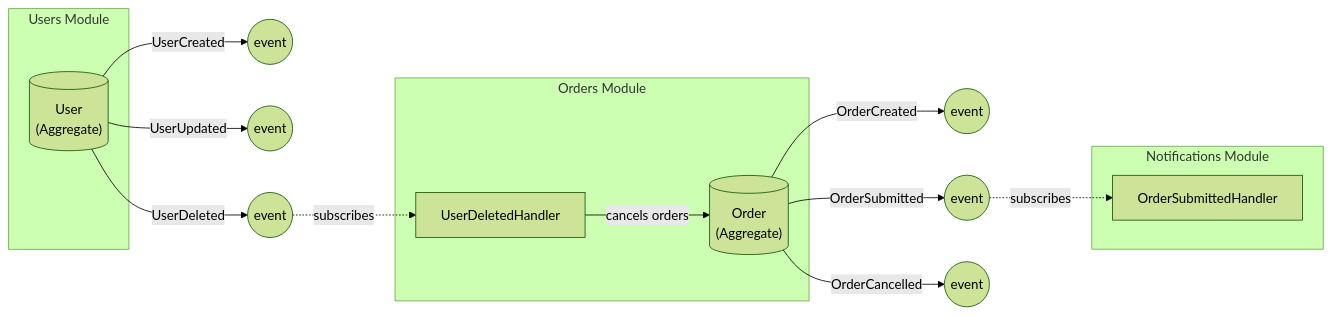
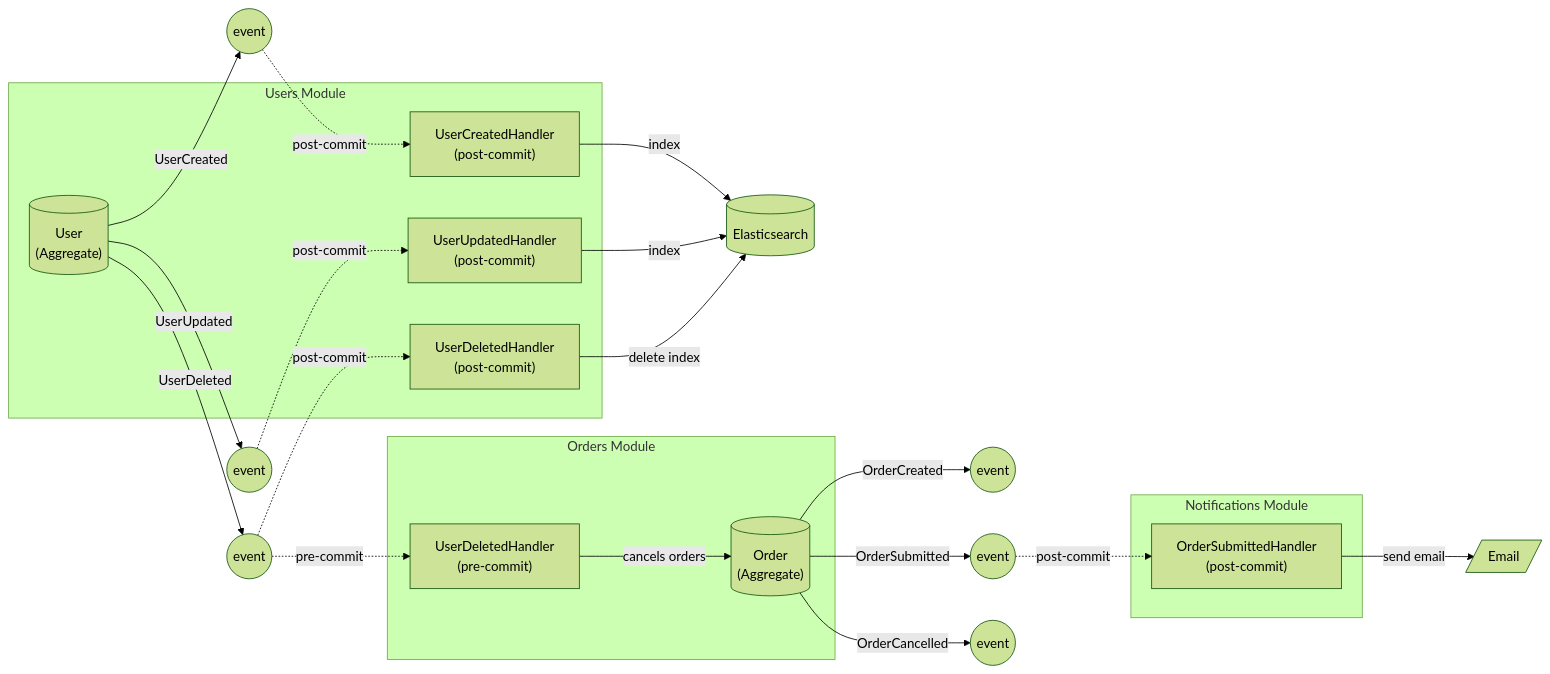
The diagram in docs/architecture/domain-events.md (rai-wtnb/clean-modularmonolith-go), drawn with Mermaid (forest theme) before and after one commit. The commit also changed other lines of this file and 9 other files, not shown here.

````diff
--- a/docs/architecture/domain-events.md
+++ b/docs/architecture/domain-events.md
@@ -7,32 +7,44 @@
 ```mermaid
 flowchart LR
     subgraph users["Users Module"]
         UserAggregate[("User<br/>(Aggregate)")]
+        UserCreatedHandler["UserCreatedHandler<br/>(post-commit)"]
+        UserUpdatedHandler["UserUpdatedHandler<br/>(post-commit)"]
+        UserDeletedESHandler["UserDeletedHandler<br/>(post-commit)"]
     end
 
     subgraph orders["Orders Module"]
         OrderAggregate[("Order<br/>(Aggregate)")]
-        UserDeletedHandler["UserDeletedHandler"]
+        UserDeletedHandler["UserDeletedHandler<br/>(pre-commit)"]
     end
 
     subgraph notifications["Notifications Module"]
-        OrderSubmittedHandler["OrderSubmittedHandler"]
+        OrderSubmittedHandler["OrderSubmittedHandler<br/>(post-commit)"]
     end
 
     %% Users publishes events
     UserAggregate -->|"UserCreated"| UC((event))
     UserAggregate -->|"UserUpdated"| UU((event))
     UserAggregate -->|"UserDeleted"| UD((event))
 
     %% Orders publishes events
     OrderAggregate -->|"OrderCreated"| OC((event))
     OrderAggregate -->|"OrderSubmitted"| OS((event))
     OrderAggregate -->|"OrderCancelled"| OCa((event))
 
-    %% Subscriptions
-    UD -.->|subscribes| UserDeletedHandler
-    OS -.->|subscribes| OrderSubmittedHandler
+    %% Pre-commit subscriptions
+    UD -.->|"pre-commit"| UserDeletedHandler
+
+    %% Post-commit subscriptions
+    UC -.->|"post-commit"| UserCreatedHandler
+    UU -.->|"post-commit"| UserUpdatedHandler
+    UD -.->|"post-commit"| UserDeletedESHandler
+    OS -.->|"post-commit"| OrderSubmittedHandler
 
     %% Handler actions
     UserDeletedHandler -->|cancels orders| OrderAggregate
+    UserCreatedHandler -->|index| ES[(Elasticsearch)]
+    UserUpdatedHandler -->|index| ES
+    UserDeletedESHandler -->|delete index| ES
+    OrderSubmittedHandler -->|send email| Email[/Email/]
 ```
````
